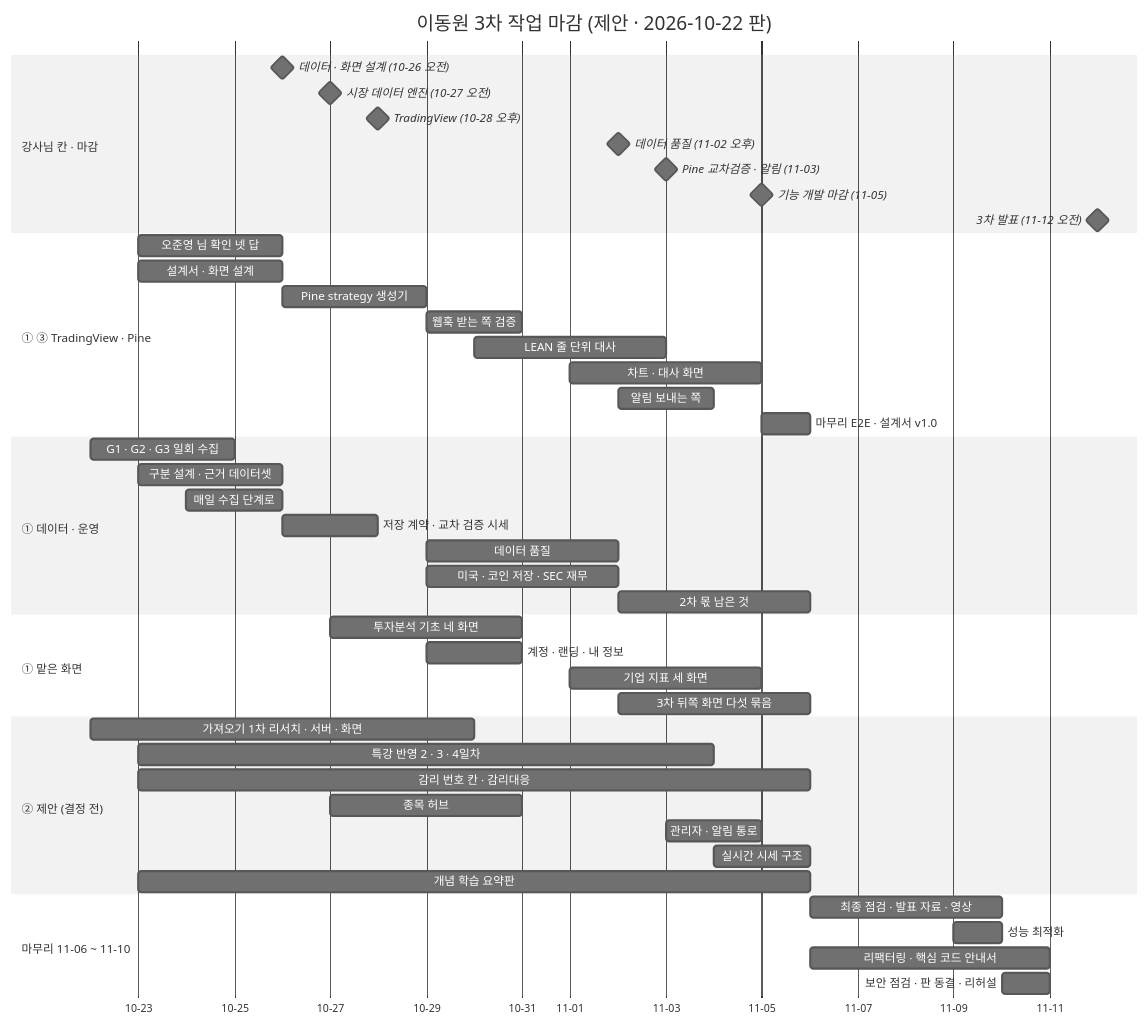
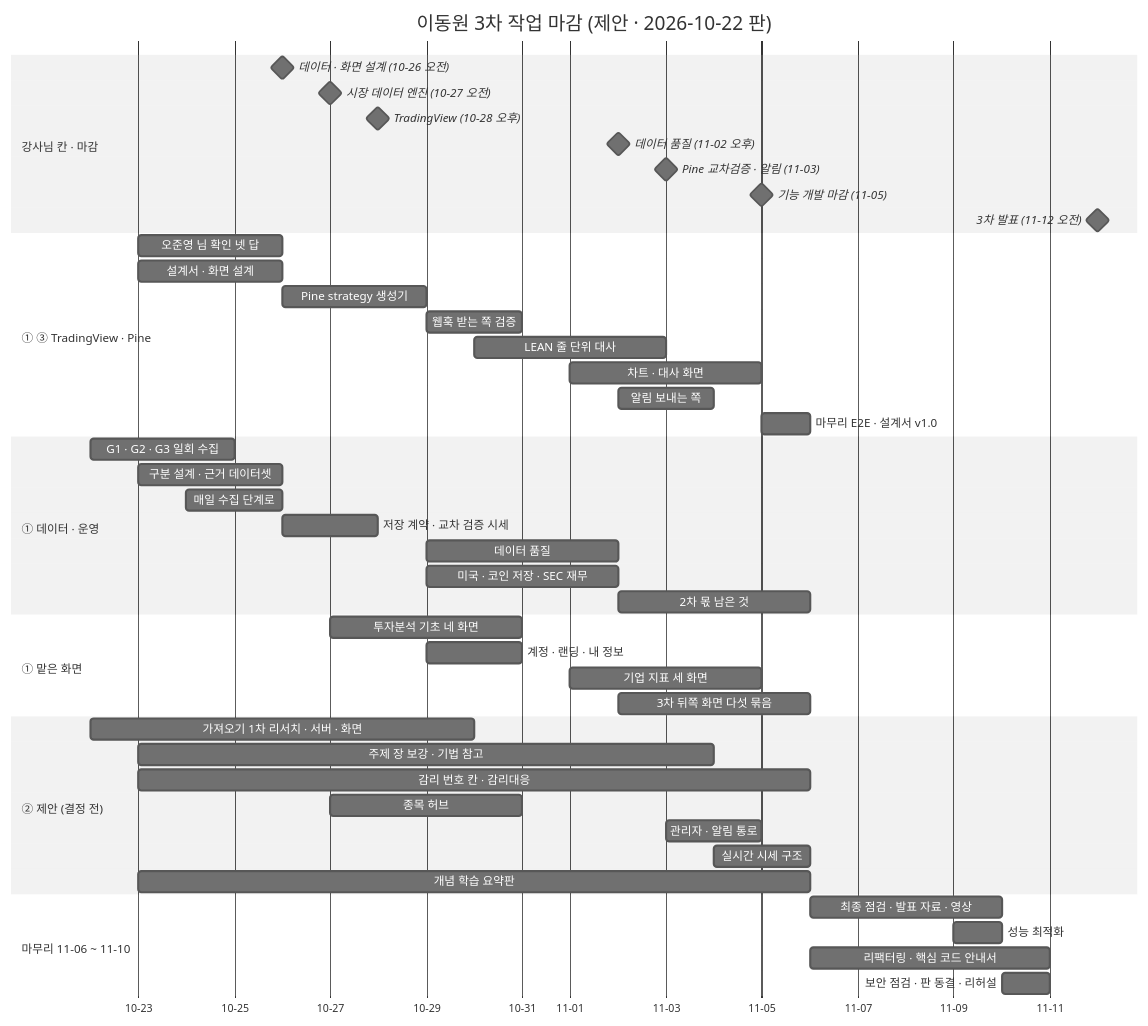
Before and after one commit to EST-team-project/Qurious: the first of 2 diagrams in docs/phase-3/00-management/plans/이동원파트-할일.md, drawn with Mermaid (neutral theme). The commit also changed other lines of this file and 70 other files, not shown here.

````diff
--- a/docs/phase-3/00-management/plans/이동원파트-할일.md
+++ b/docs/phase-3/00-management/plans/이동원파트-할일.md
@@ -161,49 +161,49 @@
 ```mermaid
 gantt
     title 이동원 3차 작업 마감 (제안 · 2026-10-22 판)
     dateFormat YYYY-MM-DD
     axisFormat %m-%d
     section 강사님 칸 · 마감
     데이터 · 화면 설계 (10-26 오전)   :milestone, 2026-10-26, 0d
     시장 데이터 엔진 (10-27 오전)     :milestone, 2026-10-27, 0d
     TradingView (10-28 오후)          :milestone, 2026-10-28, 0d
     데이터 품질 (11-02 오후)          :milestone, 2026-11-02, 0d
     Pine 교차검증 · 알림 (11-03)      :milestone, 2026-11-03, 0d
     기능 개발 마감 (11-05)            :milestone, 2026-11-05, 0d
     3차 발표 (11-12 오전)             :milestone, 2026-11-12, 0d
     section ① ③ TradingView · Pine
     오준영 님 확인 넷 답              :2026-10-23, 3d
     설계서 · 화면 설계                :2026-10-23, 3d
     Pine strategy 생성기              :2026-10-26, 3d
     웹훅 받는 쪽 검증                 :2026-10-29, 2d
     LEAN 줄 단위 대사                 :2026-10-30, 4d
     차트 · 대사 화면                  :2026-11-01, 4d
     알림 보내는 쪽                    :2026-11-02, 2d
     마무리 E2E · 설계서 v1.0          :2026-11-05, 1d
     section ① 데이터 · 운영
     G1 · G2 · G3 일회 수집            :2026-10-22, 3d
     구분 설계 · 근거 데이터셋         :2026-10-23, 3d
     매일 수집 단계로                  :2026-10-24, 2d
     저장 계약 · 교차 검증 시세        :2026-10-26, 2d
     데이터 품질                       :2026-10-29, 4d
     미국 · 코인 저장 · SEC 재무       :2026-10-29, 4d
     2차 몫 남은 것                    :2026-11-02, 4d
     section ① 맡은 화면
     투자분석 기초 네 화면             :2026-10-27, 4d
     계정 · 랜딩 · 내 정보             :2026-10-29, 2d
     기업 지표 세 화면                 :2026-11-01, 4d
     3차 뒤쪽 화면 다섯 묶음           :2026-11-02, 4d
     section ② 제안 (결정 전)
     가져오기 1차 리서치 · 서버 · 화면 :2026-10-22, 8d
-    특강 반영 2 · 3 · 4일차           :2026-10-23, 12d
+    주제 장 보강 · 기법 참고           :2026-10-23, 12d
     감리 번호 칸 · 감리대응           :2026-10-23, 14d
     종목 허브                         :2026-10-27, 4d
     관리자 · 알림 통로                :2026-11-03, 2d
     실시간 시세 구조                  :2026-11-04, 2d
     개념 학습 요약판                  :2026-10-23, 14d
     section 마무리 11-06 ~ 11-10
     최종 점검 · 발표 자료 · 영상      :2026-11-06, 4d
     성능 최적화                       :2026-11-09, 1d
     리팩터링 · 핵심 코드 안내서       :2026-11-06, 5d
     보안 점검 · 판 동결 · 리허설      :2026-11-10, 1d
 ```
````
